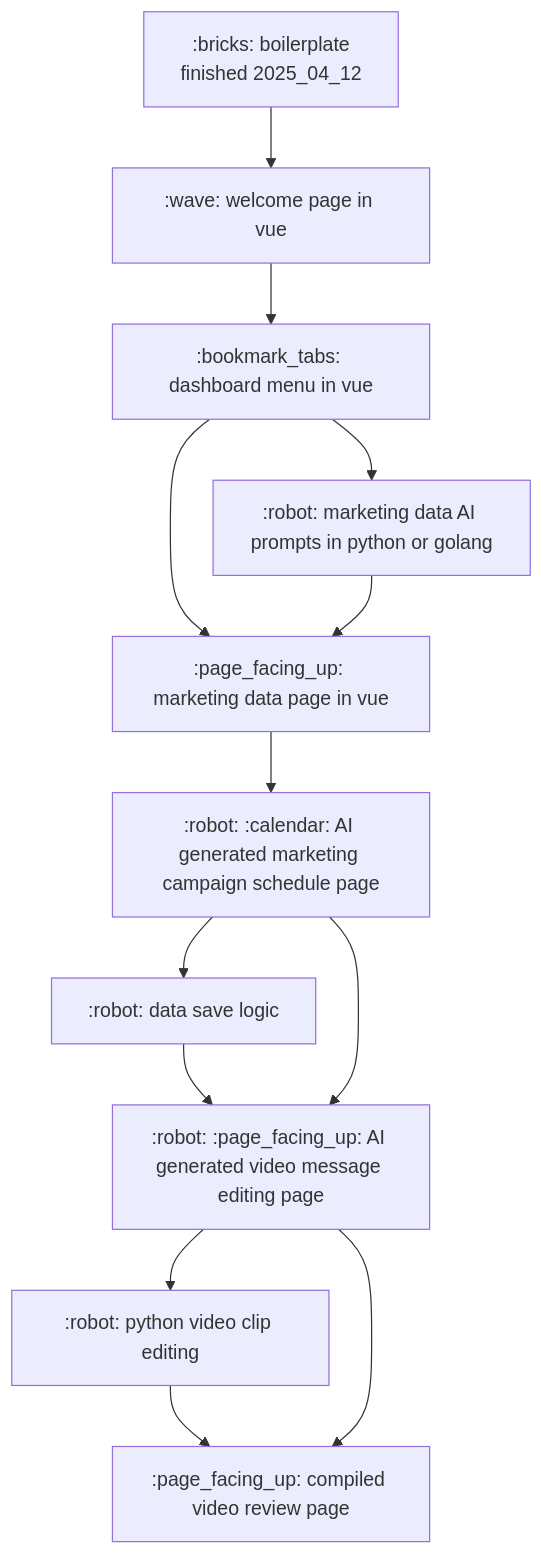
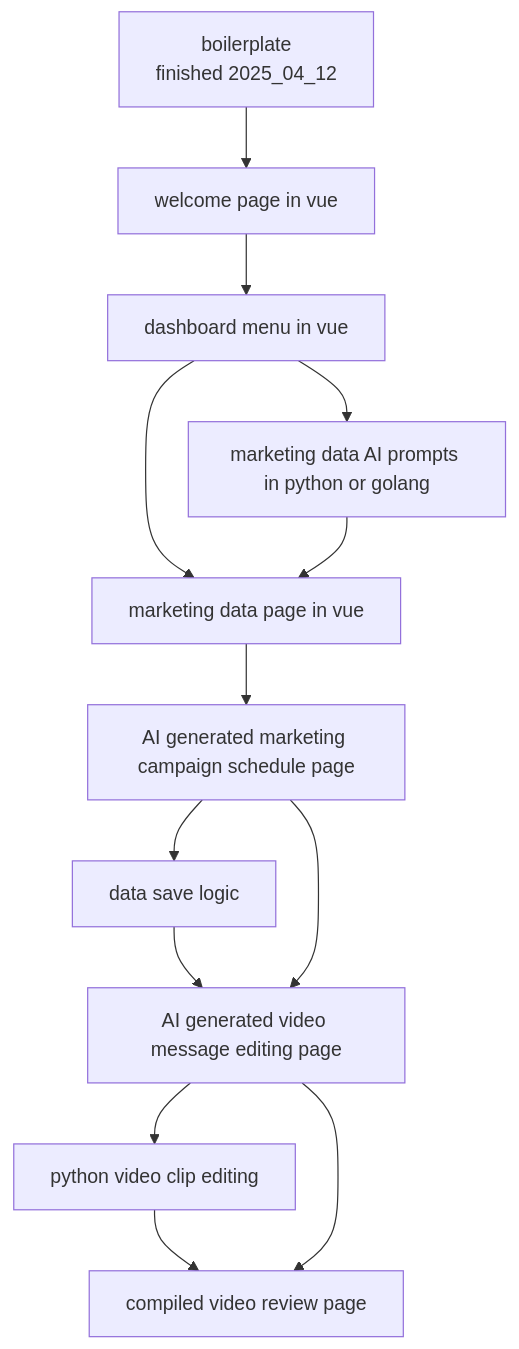
Before and after one commit to joncherry/sideralis: the diagram in Internal_Documentation/design/20250417_project_growth_plan.md, drawn with Mermaid. The commit also changed 1 other file, not shown here.

Commit message:
add mermaid chart for project planning

````diff
--- a/Internal_Documentation/design/20250417_project_growth_plan.md
+++ b/Internal_Documentation/design/20250417_project_growth_plan.md
@@ -1,27 +1,27 @@
 ```mermaid
 flowchart TD
-    boil["`:bricks: boilerplate
-    finished 2025_04_12`"]
-    welcome["`:wave: welcome page in vue`"]
-    dash["`:bookmark_tabs: dashboard menu in vue`"]
-    prompts["`:robot: marketing data AI prompts in python or golang`"]
-    save["`:robot: data save logic`"]
-    clips["`:robot: python video clip editing`"]
-    data["`:page_facing_up: marketing data page in vue`"]
-    schedule["`:robot: :calendar: AI generated marketing campaign schedule page`"]
-    message["`:robot: :page_facing_up: AI generated video message editing page`"]
-    result["`:page_facing_up: compiled video review page`"]
+    boil[boilerplate
+    finished 2025_04_12]
+    welcome[welcome page in vue]
+    dash[dashboard menu in vue]
+    prompts[marketing data AI prompts in python or golang]
+    save[data save logic]
+    clips[python video clip editing]
+    data[marketing data page in vue]
+    schedule[AI generated marketing campaign schedule page]
+    message[AI generated video message editing page]
+    result[compiled video review page]
     boil --> welcome
     welcome --> dash
     dash --> prompts
     dash --> data
     prompts --> data
     schedule --> save
     save --> message
     data --> schedule
     schedule --> message
     message --> clips
     clips --> result
     message --> result
 
 ```
````
